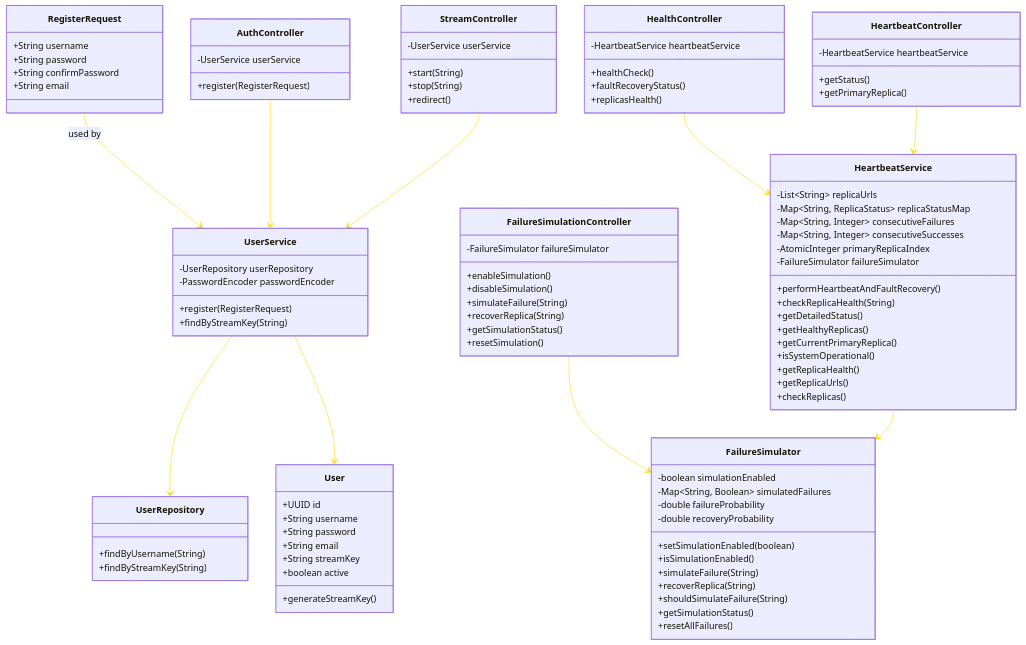
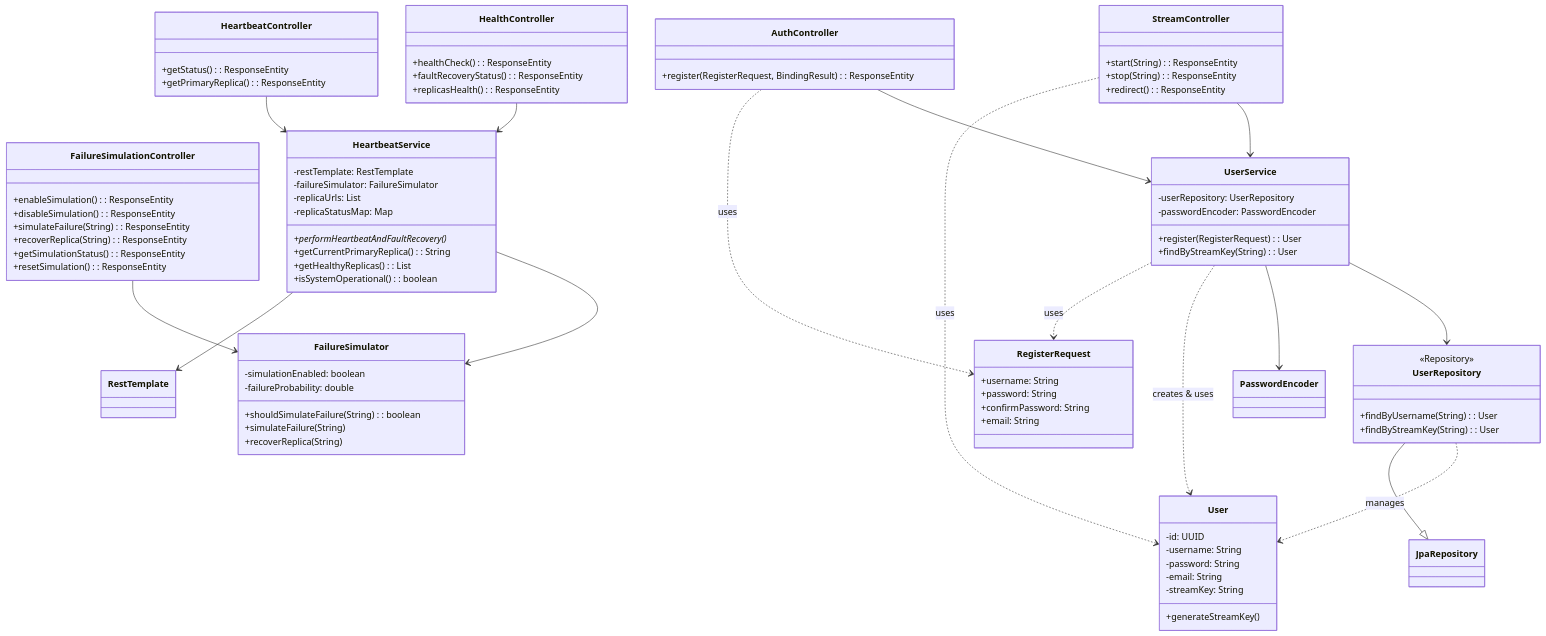
The diagram in README.md (ajbarea/fault-recovery-redundancy), drawn with Mermaid before and after one commit. The commit also changed other lines of this file and 41 other files, not shown here.

````diff
--- a/README.md
+++ b/README.md
@@ -41,109 +81,103 @@
 ```mermaid
-%%{init: {'theme': 'default', 'themeVariables': { 'lineColor': '#FFD700' }}}%%
 classDiagram
-   class RegisterRequest {
-      +String username
-      +String password
-      +String confirmPassword
-      +String email
-   }
+    title Fault Recovery and Redundancy System
 
-   class User {
-      +UUID id
-      +String username
-      +String password
-      +String email
-      +String streamKey
-      +boolean active
-      +generateStreamKey()
-   }
+    class AuthController {
+        +register(RegisterRequest, BindingResult): ResponseEntity
+    }
+    class FailureSimulationController {
+        +enableSimulation(): ResponseEntity
+        +disableSimulation(): ResponseEntity
+        +simulateFailure(String): ResponseEntity
+        +recoverReplica(String): ResponseEntity
+        +getSimulationStatus(): ResponseEntity
+        +resetSimulation(): ResponseEntity
+    }
+    class HealthController {
+        +healthCheck(): ResponseEntity
+        +faultRecoveryStatus(): ResponseEntity
+        +replicasHealth(): ResponseEntity
+    }
+    class HeartbeatController {
+        +getStatus(): ResponseEntity
+        +getPrimaryReplica(): ResponseEntity
+    }
+    class StreamController {
+        +start(String): ResponseEntity
+        +stop(String): ResponseEntity
+        +redirect(): ResponseEntity
+    }
 
-   class UserRepository {
-      +findByUsername(String)
-      +findByStreamKey(String)
-   }
+    class UserService {
+        -userRepository: UserRepository
+        -passwordEncoder: PasswordEncoder
+        +register(RegisterRequest): User
+        +findByStreamKey(String): User
+    }
+    class HeartbeatService {
+        -restTemplate: RestTemplate
+        -failureSimulator: FailureSimulator
+        -replicaUrls: List
+        -replicaStatusMap: Map
+        +performHeartbeatAndFaultRecovery()*
+        +getCurrentPrimaryReplica(): String
+        +getHealthyReplicas(): List
+        +isSystemOperational(): boolean
+    }
+    class FailureSimulator {
+        -simulationEnabled: boolean
+        -failureProbability: double
+        +shouldSimulateFailure(String): boolean
+        +simulateFailure(String)
+        +recoverReplica(String)
+    }
 
-   class UserService {
-      -UserRepository userRepository
-      -PasswordEncoder passwordEncoder
-      +register(RegisterRequest)
-      +findByStreamKey(String)
-   }
+    class User {
+        -id: UUID
+        -username: String
+        -password: String
+        -email: String
+        -streamKey: String
+        +generateStreamKey()
+    }
+    class RegisterRequest {
+        +username: String
+        +password: String
+        +confirmPassword: String
+        +email: String
+    }
+    class UserRepository {
+        +findByUsername(String): User
+        +findByStreamKey(String): User
+    }
+    <<Repository>> UserRepository
+    
+    class JpaRepository
+    class RestTemplate
+    class PasswordEncoder
 
-   class AuthController {
-      -UserService userService
-      +register(RegisterRequest)
-   }
+    %% --- Relationships ---
 
-   class StreamController {
-      -UserService userService
-      +start(String)
-      +stop(String)
-      +redirect()
-   }
+    %% Controller Dependencies
+    AuthController --> UserService
+    FailureSimulationController --> FailureSimulator
+    HealthController --> HeartbeatService
+    HeartbeatController --> HeartbeatService
+    StreamController --> UserService
 
-   class HealthController {
-      -HeartbeatService heartbeatService
-      +healthCheck()
-      +faultRecoveryStatus()
-      +replicasHealth()
-   }
+    %% Service Dependencies
+    UserService --> UserRepository
+    UserService --> PasswordEncoder
+    HeartbeatService --> FailureSimulator
+    HeartbeatService --> RestTemplate
 
-   class HeartbeatController {
-      -HeartbeatService heartbeatService
-      +getStatus()
-      +getPrimaryReplica()
-   }
+    %% Data Layer
+    UserService ..> User : creates & uses
+    StreamController ..> User : uses
+    UserRepository ..> User : manages
+    UserRepository --|> JpaRepository
 
-   class HeartbeatService {
-      -List~String~ replicaUrls
-      -Map~String, ReplicaStatus~ replicaStatusMap
-      -Map~String, Integer~ consecutiveFailures
-      -Map~String, Integer~ consecutiveSuccesses
-      -AtomicInteger primaryReplicaIndex
-      -FailureSimulator failureSimulator
-      +performHeartbeatAndFaultRecovery()
-      +checkReplicaHealth(String)
-      +getDetailedStatus()
-      +getHealthyReplicas()
-      +getCurrentPrimaryReplica()
-      +isSystemOperational()
-      +getReplicaHealth()
-      +getReplicaUrls()
-      +checkReplicas()
-   }
-
-   class FailureSimulationController {
-      -FailureSimulator failureSimulator
-      +enableSimulation()
-      +disableSimulation()
-      +simulateFailure(String)
-      +recoverReplica(String)
-      +getSimulationStatus()
-      +resetSimulation()
-   }
-
-   class FailureSimulator {
-      -boolean simulationEnabled
-      -Map~String, Boolean~ simulatedFailures
-      -double failureProbability
-      -double recoveryProbability
-      +setSimulationEnabled(boolean)
-      +isSimulationEnabled()
-      +simulateFailure(String)
-      +recoverReplica(String)
-      +shouldSimulateFailure(String)
-      +getSimulationStatus()
-      +resetAllFailures()
-   }
-
-   RegisterRequest --> UserService : used by
-   UserService --> UserRepository
-   UserService --> User
-   AuthController --> UserService
-   StreamController --> UserService
-   HealthController --> HeartbeatService
-   HeartbeatController --> HeartbeatService
-   FailureSimulationController --> FailureSimulator
-   HeartbeatService --> FailureSimulator
+    %% DTO Usage
+    AuthController ..> RegisterRequest : uses
+    UserService ..> RegisterRequest : uses
 ```
````
